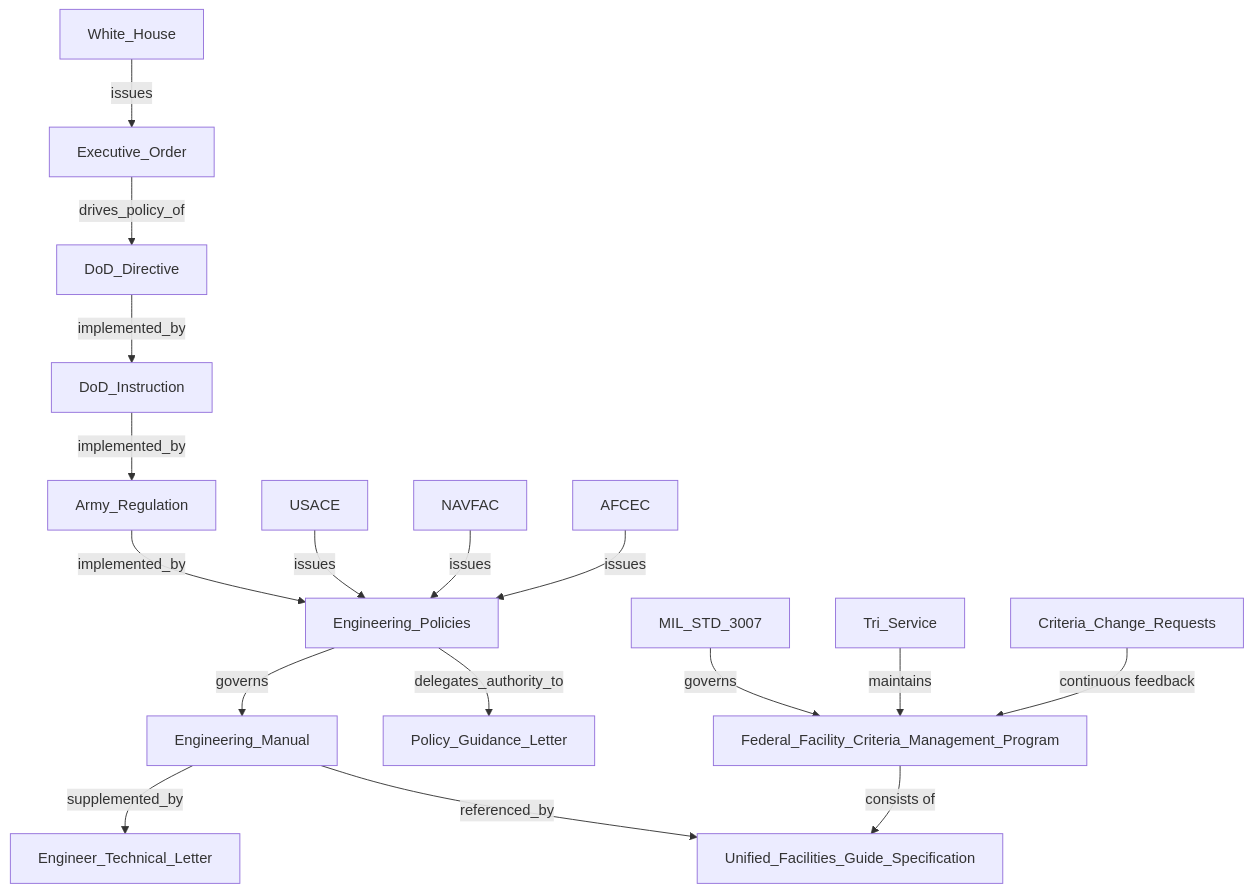
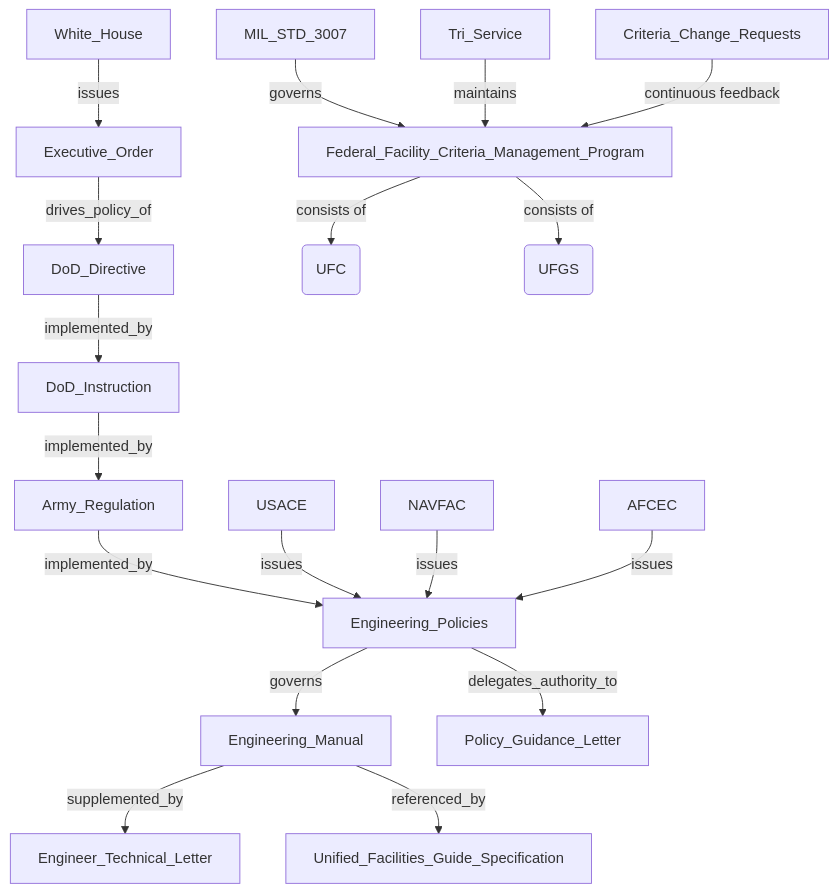
Before and after one commit to vdubya/criteria-assistant: the diagram in data/KG_document_hierarchy.md, drawn with Mermaid.

````diff
--- a/data/KG_document_hierarchy.md
+++ b/data/KG_document_hierarchy.md
@@ -1,19 +1,20 @@
 ```mermaid
 graph TD
   White_House -->|issues| Executive_Order
   Executive_Order -->|drives_policy_of| DoD_Directive
   DoD_Directive -->|implemented_by| DoD_Instruction
   DoD_Instruction -->|implemented_by| Army_Regulation
   Army_Regulation -->|implemented_by| Engineering_Policies
   Engineering_Policies -->|governs| Engineering_Manual
   Engineering_Manual -->|supplemented_by| Engineer_Technical_Letter
   Engineering_Policies -->|delegates_authority_to| Policy_Guidance_Letter
   Engineering_Manual -->|referenced_by| Unified_Facilities_Guide_Specification
   MIL_STD_3007 -->|governs| Federal_Facility_Criteria_Management_Program
   USACE -->|issues| Engineering_Policies
   NAVFAC -->|issues| Engineering_Policies
   AFCEC -->|issues| Engineering_Policies
   Tri_Service -->|maintains| Federal_Facility_Criteria_Management_Program
-  Federal_Facility_Criteria_Management_Program --> |consists of| Unified_Facilities_Guide_Specification
+  Federal_Facility_Criteria_Management_Program --> |consists of| Unified_Facilities_Criteria_(UFC)
+  Federal_Facility_Criteria_Management_Program --> |consists of| Unified_Facilities_Guide_Specification_(UFGS)
   Criteria_Change_Requests --> |continuous feedback| Federal_Facility_Criteria_Management_Program
 ```
````
